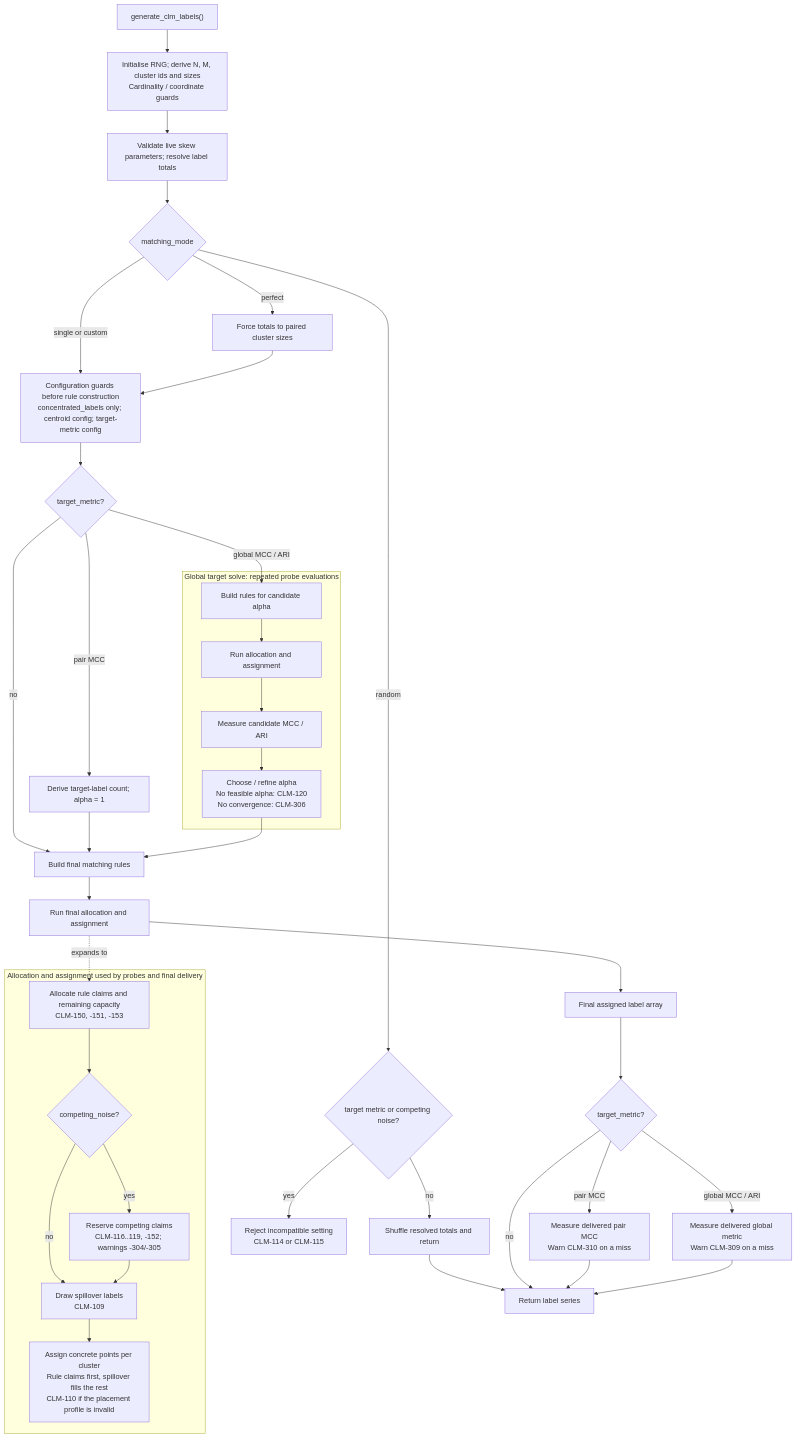
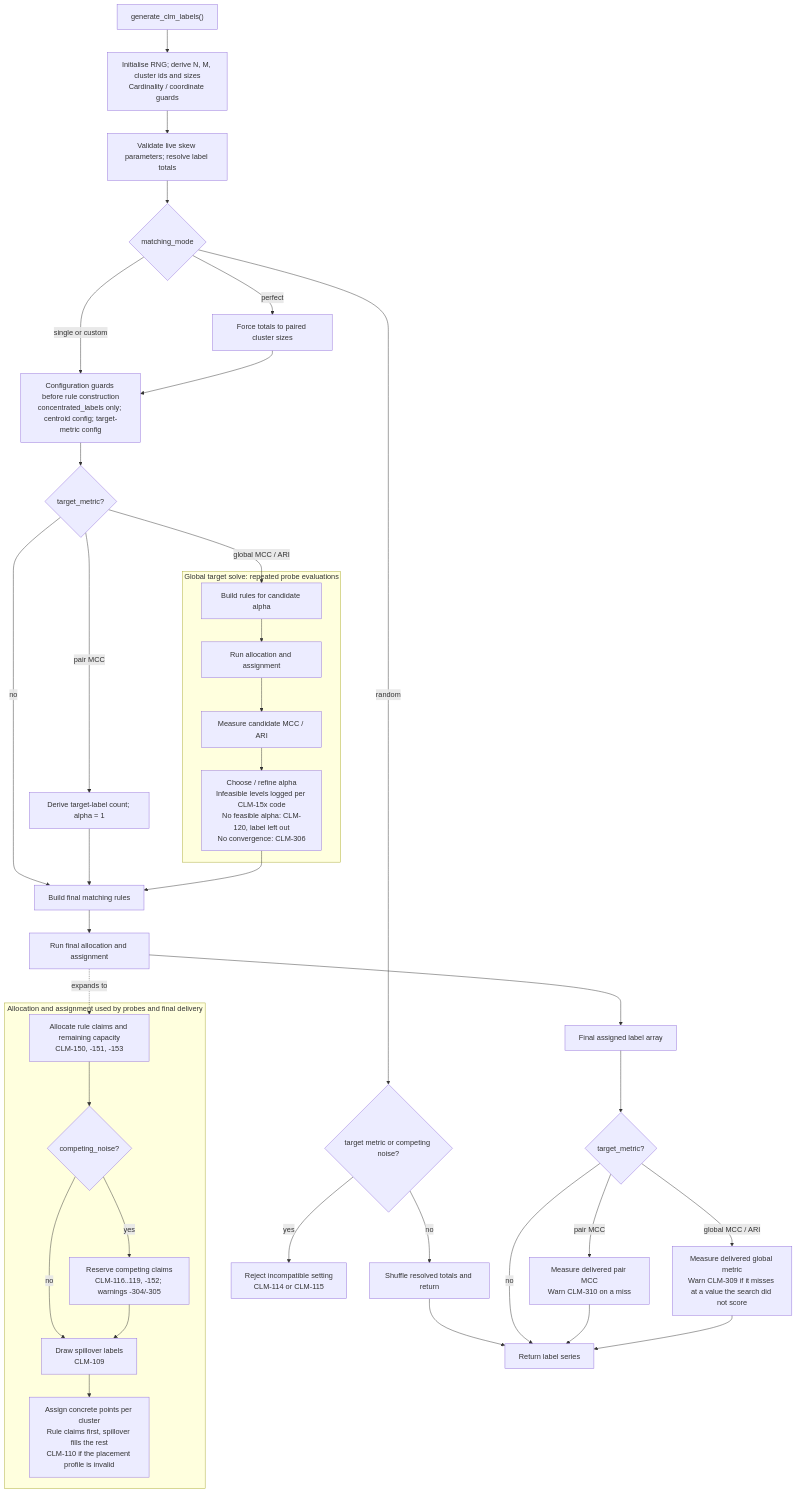
Before and after one commit to A-Gharibian/CLMSynth: the diagram in docs/troubleshooting_catalog/engine_internals.md, drawn with Mermaid. The commit also changed other lines of this file and 51 other files, not shown here.

````diff
--- a/docs/troubleshooting_catalog/engine_internals.md
+++ b/docs/troubleshooting_catalog/engine_internals.md
@@ -309,49 +336,49 @@
 ```mermaid
 flowchart TD
     Start["generate_clm_labels()"]
     Start --> Setup["Initialise RNG; derive N, M, cluster ids and sizes\nCardinality / coordinate guards"]
     Setup --> Totals["Validate live skew parameters; resolve label totals"]
     Totals --> Mode{"matching_mode"}
 
     Mode -- "random" --> RandomOptions{"target metric or competing noise?"}
     RandomOptions -- "no" --> Random["Shuffle resolved totals and return"]
     Random --> Return["Return label series"]
     RandomOptions -- "yes" --> RandomError["Reject incompatible setting\nCLM-114 or CLM-115"]
     Mode -- "perfect" --> Perfect["Force totals to paired cluster sizes"]
     Mode -- "single or custom" --> Guards
     Perfect --> Guards
 
     Guards["Configuration guards before rule construction\nconcentrated_labels only; centroid config; target-metric config"]
     Guards --> Target{"target_metric?"}
     Target -- "no" --> FinalRules["Build final matching rules"]
     Target -- "pair MCC" --> Pair["Derive target-label count; alpha = 1"]
     Pair --> FinalRules
 
     Target -- "global MCC / ARI" --> ProbeRules
     subgraph Solver["Global target solve: repeated probe evaluations"]
         ProbeRules["Build rules for candidate alpha"] --> ProbeRun["Run allocation and assignment"]
         ProbeRun --> ProbeMetric["Measure candidate MCC / ARI"]
-        ProbeMetric --> Alpha["Choose / refine alpha\nNo feasible alpha: CLM-120\nNo convergence: CLM-306"]
+        ProbeMetric --> Alpha["Choose / refine alpha\nInfeasible levels logged per CLM-15x code\nNo feasible alpha: CLM-120, label left out\nNo convergence: CLM-306"]
     end
     Alpha --> FinalRules
 
     FinalRules --> FinalRun["Run final allocation and assignment"]
     FinalRun -. "expands to" .-> Allocate
 
     subgraph Apply["Allocation and assignment used by probes and final delivery"]
         Allocate["Allocate rule claims and remaining capacity\nCLM-150, -151, -153"]
         Allocate --> Noise{"competing_noise?"}
         Noise -- "yes" --> Competing["Reserve competing claims\nCLM-116..119, -152; warnings -304/-305"]
         Noise -- "no" --> Spillover["Draw spillover labels\nCLM-109"]
         Competing --> Spillover
         Spillover --> Place["Assign concrete points per cluster\nRule claims first, spillover fills the rest\nCLM-110 if the placement profile is invalid"]
     end
 
     FinalRun --> Assigned["Final assigned label array"]
     Assigned --> Verify{"target_metric?"}
     Verify -- "no" --> Return
     Verify -- "pair MCC" --> PairMetric["Measure delivered pair MCC\nWarn CLM-310 on a miss"]
-    Verify -- "global MCC / ARI" --> GlobalMetric["Measure delivered global metric\nWarn CLM-309 on a miss"]
+    Verify -- "global MCC / ARI" --> GlobalMetric["Measure delivered global metric\nWarn CLM-309 if it misses at a value the search did not score"]
     PairMetric --> Return
     GlobalMetric --> Return
 ```
````
